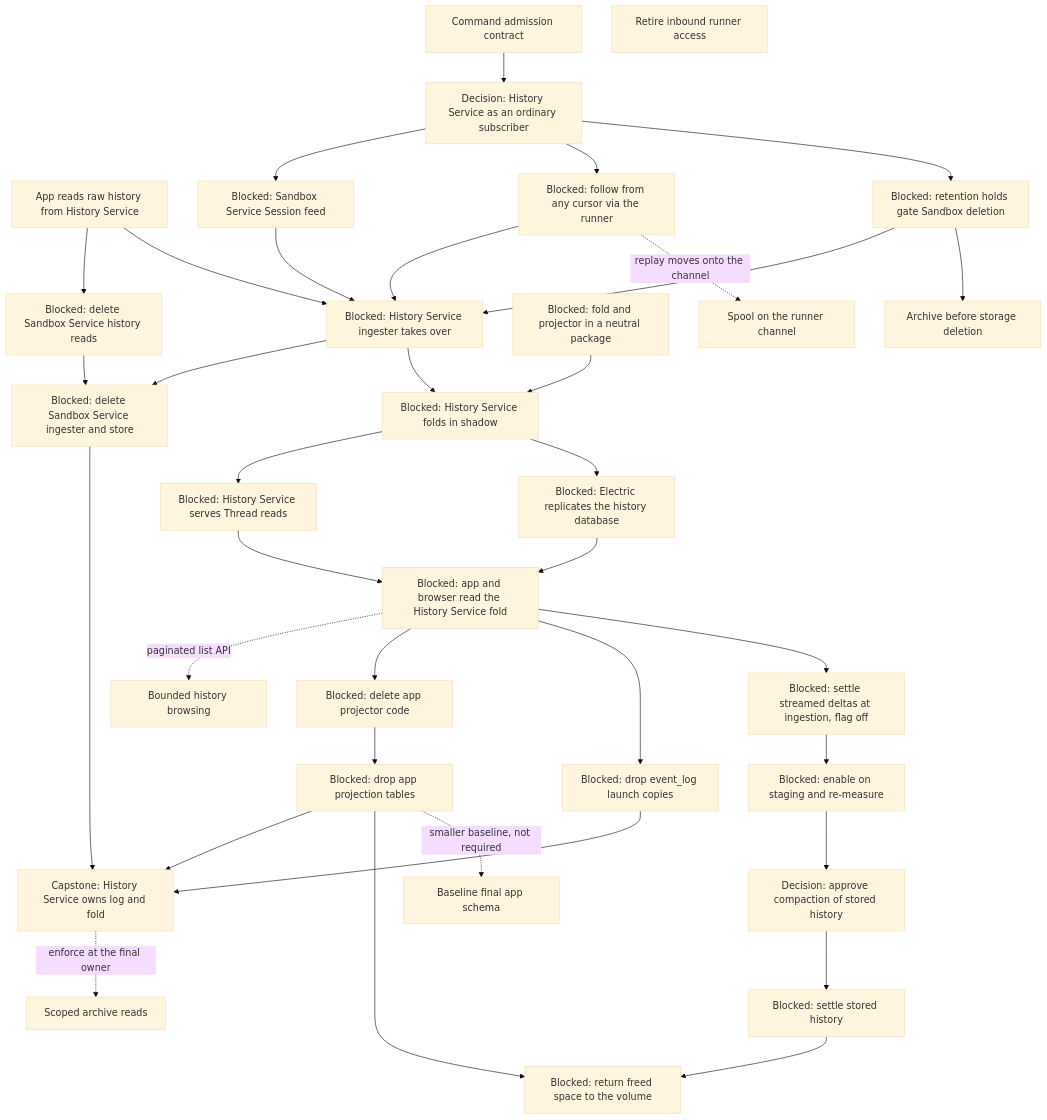
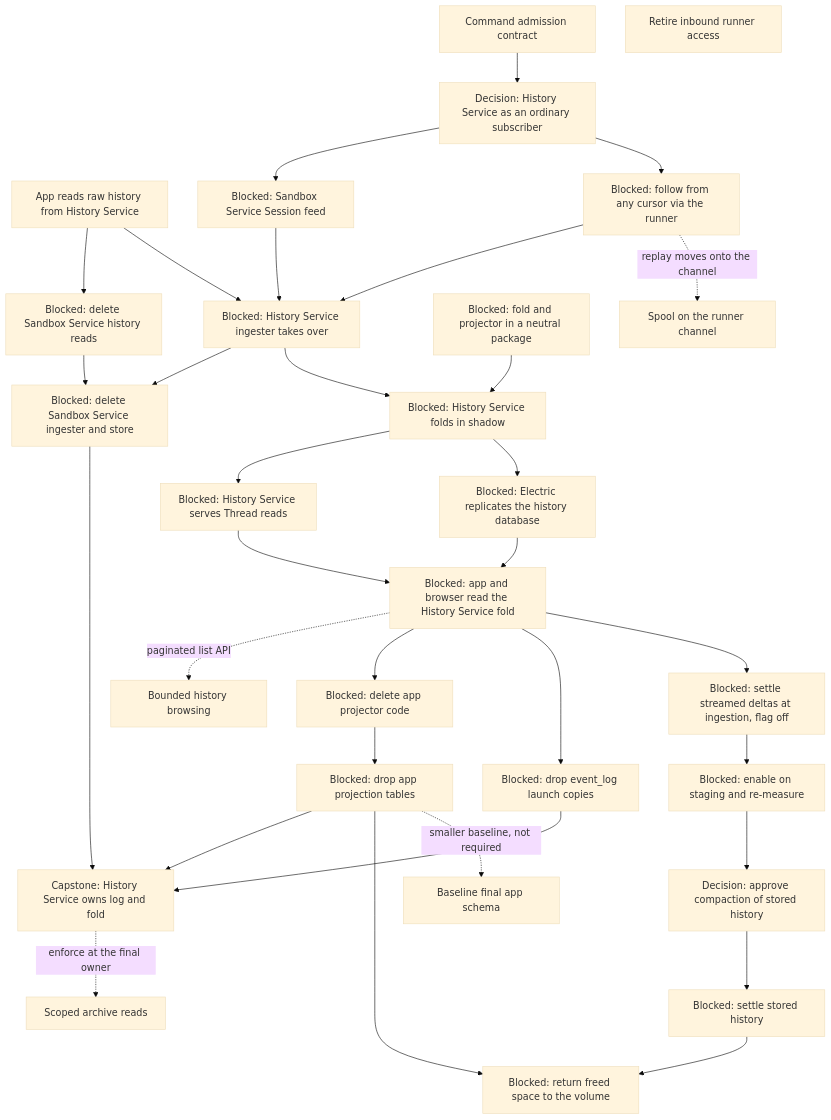
Before and after one commit to agentydragon/ducktape: the eighth of 9 diagrams in agentplane/plans/task_dag.md, drawn with Mermaid (base theme). The commit also changed other lines of this file and 11 other files, not shown here.

First line of the commit message:
agentplane: retention holds gate Sandbox deletion

````diff
--- a/agentplane/plans/task_dag.md
+++ b/agentplane/plans/task_dag.md
@@ -749,66 +749,61 @@
 ```mermaid
 flowchart TD
     SESSION_FOLLOW_CONTRACT[Decision: History Service as an ordinary subscriber]
     SESSION_COMMAND_CONTRACT[Command admission contract]
     HISTORY_READ_CUTOVER[App reads raw history from History Service]
     SANDBOX_HISTORY_READS_RETIRE[Blocked: delete Sandbox Service history reads]
     SESSION_WATCH[Blocked: Sandbox Service Session feed]
     FOLLOW_REPLAY[Blocked: follow from any cursor via the runner]
-    RETENTION_HOLDS[Blocked: retention holds gate Sandbox deletion]
     HISTORY_WRITE_HANDOFF[Blocked: History Service ingester takes over]
     SANDBOX_LOCAL_HISTORY_RETIRE[Blocked: delete Sandbox Service ingester and store]
     FOLD_LIBRARY_EXTRACT[Blocked: fold and projector in a neutral package]
     FOLD_SHADOW[Blocked: History Service folds in shadow]
     FOLD_READ_API[Blocked: History Service serves Thread reads]
     ELECTRIC_HISTORY_SOURCE[Blocked: Electric replicates the history database]
     FOLD_READ_CUTOVER[Blocked: app and browser read the History Service fold]
     APP_PROJECTOR_RETIRE[Blocked: delete app projector code]
     APP_PROJECTION_RETIRE[Blocked: drop app projection tables]
     APP_EVENT_LOG_COPIES_RETIRE[Blocked: drop event_log launch copies]
     HISTORY_SERVICE_OWNERSHIP[Capstone: History Service owns log and fold]
     SESSION_EVENT_RETENTION[Blocked: settle streamed deltas at ingestion, flag off]
     SESSION_EVENT_RETENTION_ENABLE[Blocked: enable on staging and re-measure]
     SESSION_EVENT_COMPACTION_PLAN[Decision: approve compaction of stored history]
     SESSION_EVENT_COMPACTION[Blocked: settle stored history]
     HISTORY_REPACK[Blocked: return freed space to the volume]
     APP_ALEMBIC_SQUASH[Baseline final app schema]
     THREAD_BROWSE_PAGINATE[Bounded history browsing]
     THREAD_READ_POLICY[Scoped archive reads]
     RUNNER_OUTBOUND_SPOOL[Spool on the runner channel]
     RUNNER_INBOUND_RETIRE[Retire inbound runner access]
-    SANDBOX_LIFECYCLE_DURABILITY[Archive before storage deletion]
     SESSION_COMMAND_CONTRACT --> SESSION_FOLLOW_CONTRACT
     HISTORY_READ_CUTOVER --> SANDBOX_HISTORY_READS_RETIRE
     SESSION_FOLLOW_CONTRACT --> SESSION_WATCH
     SESSION_FOLLOW_CONTRACT --> FOLLOW_REPLAY
-    SESSION_FOLLOW_CONTRACT --> RETENTION_HOLDS
     SESSION_WATCH --> HISTORY_WRITE_HANDOFF
     FOLLOW_REPLAY --> HISTORY_WRITE_HANDOFF
-    RETENTION_HOLDS --> HISTORY_WRITE_HANDOFF
     HISTORY_READ_CUTOVER --> HISTORY_WRITE_HANDOFF
     HISTORY_WRITE_HANDOFF --> SANDBOX_LOCAL_HISTORY_RETIRE
     SANDBOX_HISTORY_READS_RETIRE --> SANDBOX_LOCAL_HISTORY_RETIRE
     FOLD_LIBRARY_EXTRACT --> FOLD_SHADOW
     HISTORY_WRITE_HANDOFF --> FOLD_SHADOW
     FOLD_SHADOW --> FOLD_READ_API
     FOLD_SHADOW --> ELECTRIC_HISTORY_SOURCE
     FOLD_READ_API --> FOLD_READ_CUTOVER
     FOLD_READ_CUTOVER -. paginated list API .-> THREAD_BROWSE_PAGINATE
     ELECTRIC_HISTORY_SOURCE --> FOLD_READ_CUTOVER
     FOLD_READ_CUTOVER --> APP_PROJECTOR_RETIRE
     APP_PROJECTOR_RETIRE --> APP_PROJECTION_RETIRE
     FOLD_READ_CUTOVER --> APP_EVENT_LOG_COPIES_RETIRE
     APP_EVENT_LOG_COPIES_RETIRE --> HISTORY_SERVICE_OWNERSHIP
     APP_PROJECTION_RETIRE --> HISTORY_SERVICE_OWNERSHIP
     SANDBOX_LOCAL_HISTORY_RETIRE --> HISTORY_SERVICE_OWNERSHIP
     FOLD_READ_CUTOVER --> SESSION_EVENT_RETENTION
     SESSION_EVENT_RETENTION --> SESSION_EVENT_RETENTION_ENABLE
     SESSION_EVENT_RETENTION_ENABLE --> SESSION_EVENT_COMPACTION_PLAN
     SESSION_EVENT_COMPACTION_PLAN --> SESSION_EVENT_COMPACTION
     SESSION_EVENT_COMPACTION --> HISTORY_REPACK
     APP_PROJECTION_RETIRE --> HISTORY_REPACK
     APP_PROJECTION_RETIRE -. smaller baseline, not required .-> APP_ALEMBIC_SQUASH
     HISTORY_SERVICE_OWNERSHIP -. enforce at the final owner .-> THREAD_READ_POLICY
     FOLLOW_REPLAY -. replay moves onto the channel .-> RUNNER_OUTBOUND_SPOOL
-    RETENTION_HOLDS --> SANDBOX_LIFECYCLE_DURABILITY
 ```
````
